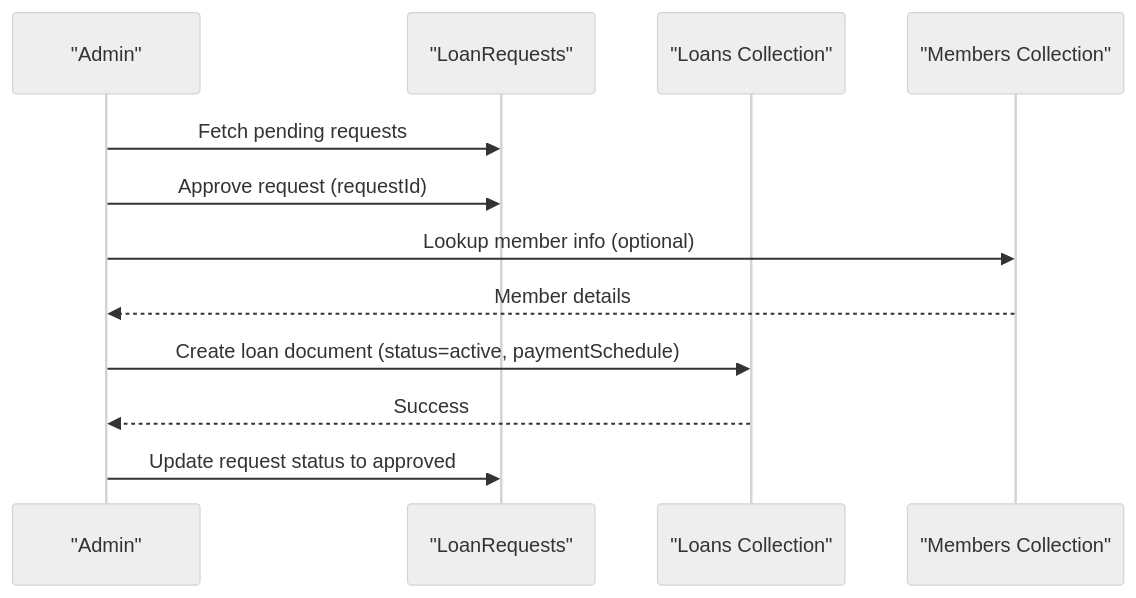
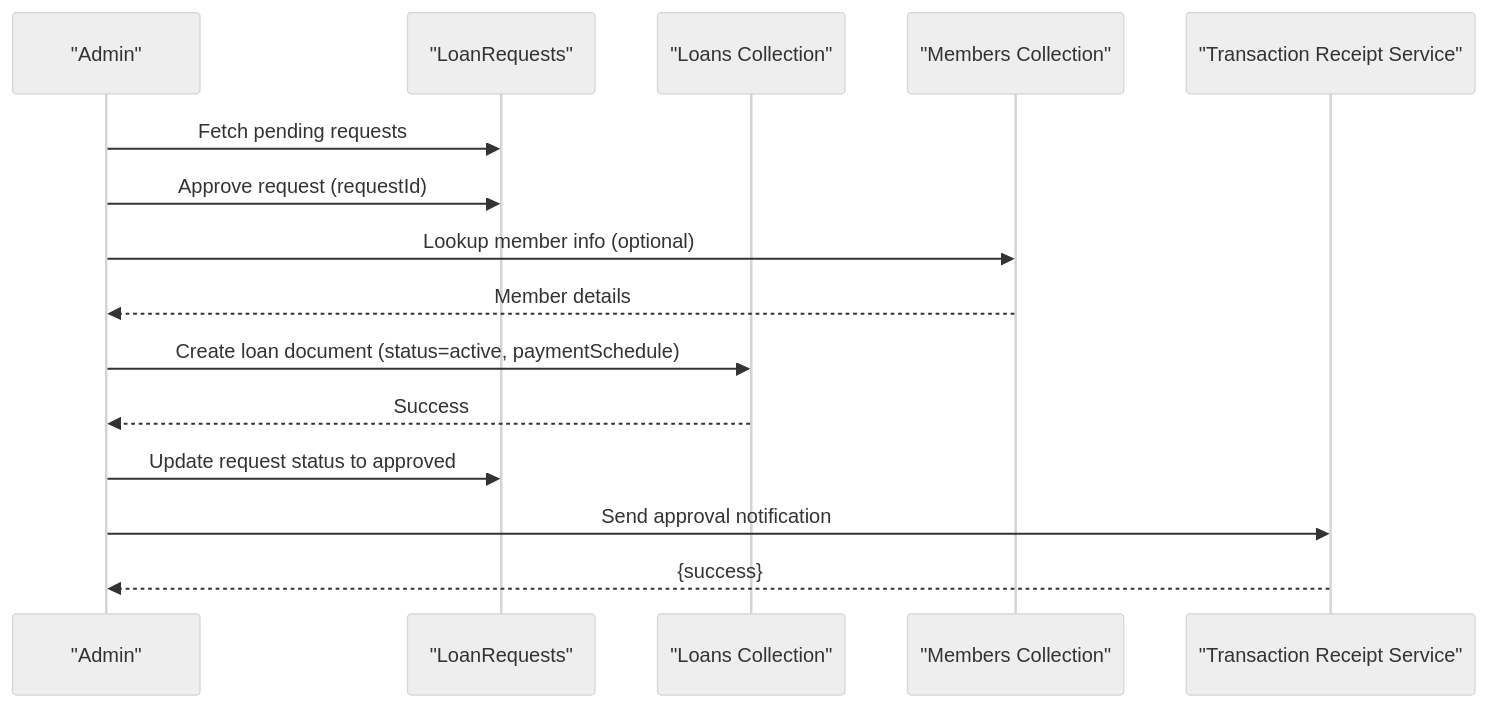
Before and after one commit to Unsure-bry/sampacoop_system: the fifth of 12 diagrams in .qoder/repowiki/en/content/API Endpoints Reference/Loan Management API.md, drawn with Mermaid (neutral theme). The commit also changed other lines of this file and 4 other files, not shown here.

````diff
--- a/.qoder/repowiki/en/content/API Endpoints Reference/Loan Management API.md
+++ b/.qoder/repowiki/en/content/API Endpoints Reference/Loan Management API.md
@@ -231,14 +250,17 @@
 ```mermaid
 sequenceDiagram
 participant Admin as "Admin"
 participant Requests as "LoanRequests"
 participant Loans as "Loans Collection"
 participant Member as "Members Collection"
+participant ReceiptService as "Transaction Receipt Service"
 Admin->>Requests : Fetch pending requests
 Admin->>Requests : Approve request (requestId)
 Admin->>Member : Lookup member info (optional)
 Member-->>Admin : Member details
 Admin->>Loans : Create loan document (status=active, paymentSchedule)
 Loans-->>Admin : Success
 Admin->>Requests : Update request status to approved
+Admin->>ReceiptService : Send approval notification
+ReceiptService-->>Admin : {success}
 ```
````
